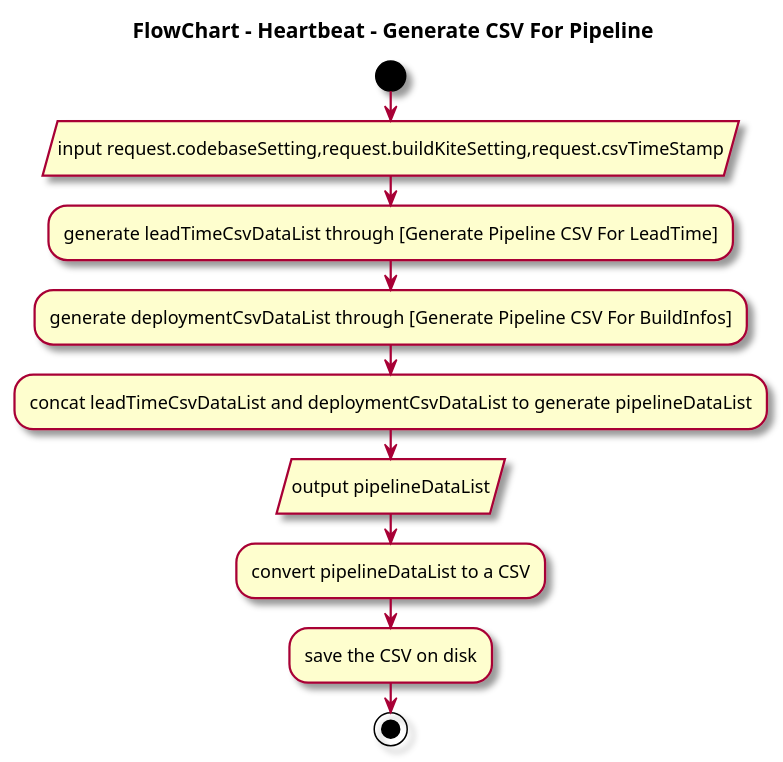
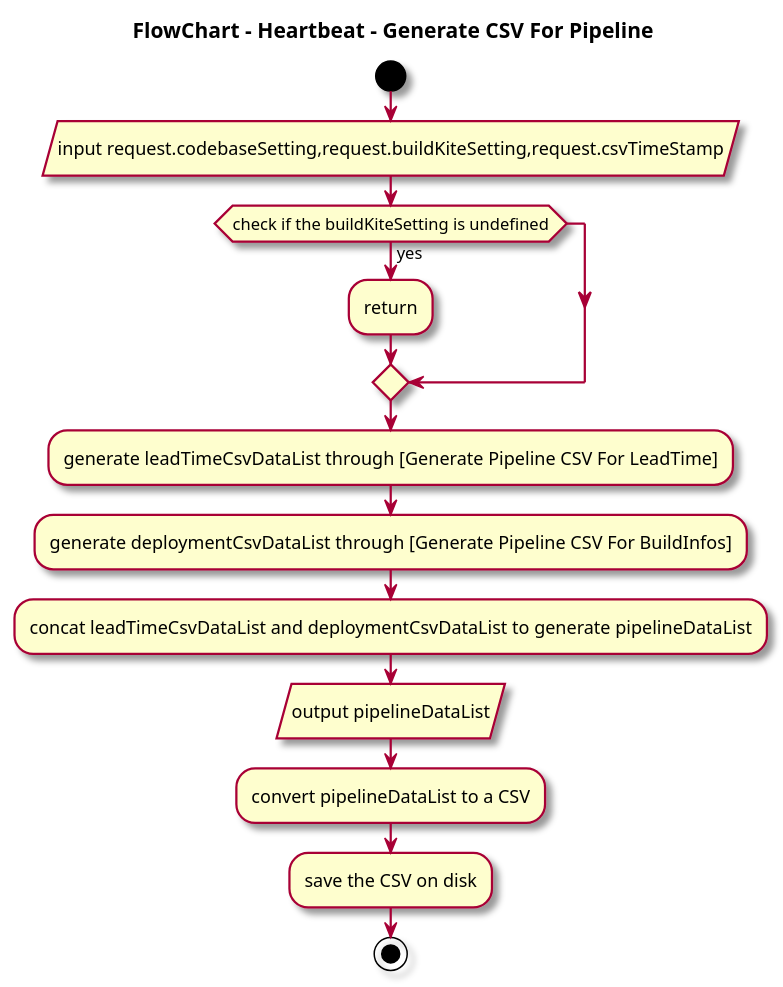
Before and after one commit to au-heartbeat/Heartbeat: the ninth of 9 diagrams in docs/src/pages/en/dev-center/flow-diagrams.md, drawn with PlantUML.

Commit message:
ADM-448 update flow diagram about generate pipeline csv data

````diff
--- a/docs/src/pages/en/dev-center/flow-diagrams.md
+++ b/docs/src/pages/en/dev-center/flow-diagrams.md
@@ -369,16 +369,19 @@
 ```plantuml
 @startuml Generate CSV For Pipeline
 skin rose
 skinparam defaultTextAlignment center
 title FlowChart - Heartbeat - Generate CSV For Pipeline
 start
 :input request.codebaseSetting,request.buildKiteSetting,request.csvTimeStamp/
+if(check if the buildKiteSetting is undefined) then (yes)
+:return;
+endif
 :generate leadTimeCsvDataList through [Generate Pipeline CSV For LeadTime];
 :generate deploymentCsvDataList through [Generate Pipeline CSV For BuildInfos];
 :concat leadTimeCsvDataList and deploymentCsvDataList to generate pipelineDataList;
 :output pipelineDataList/
 :convert pipelineDataList to a CSV;
 :save the CSV on disk;
 stop
 @enduml
 ```
````
